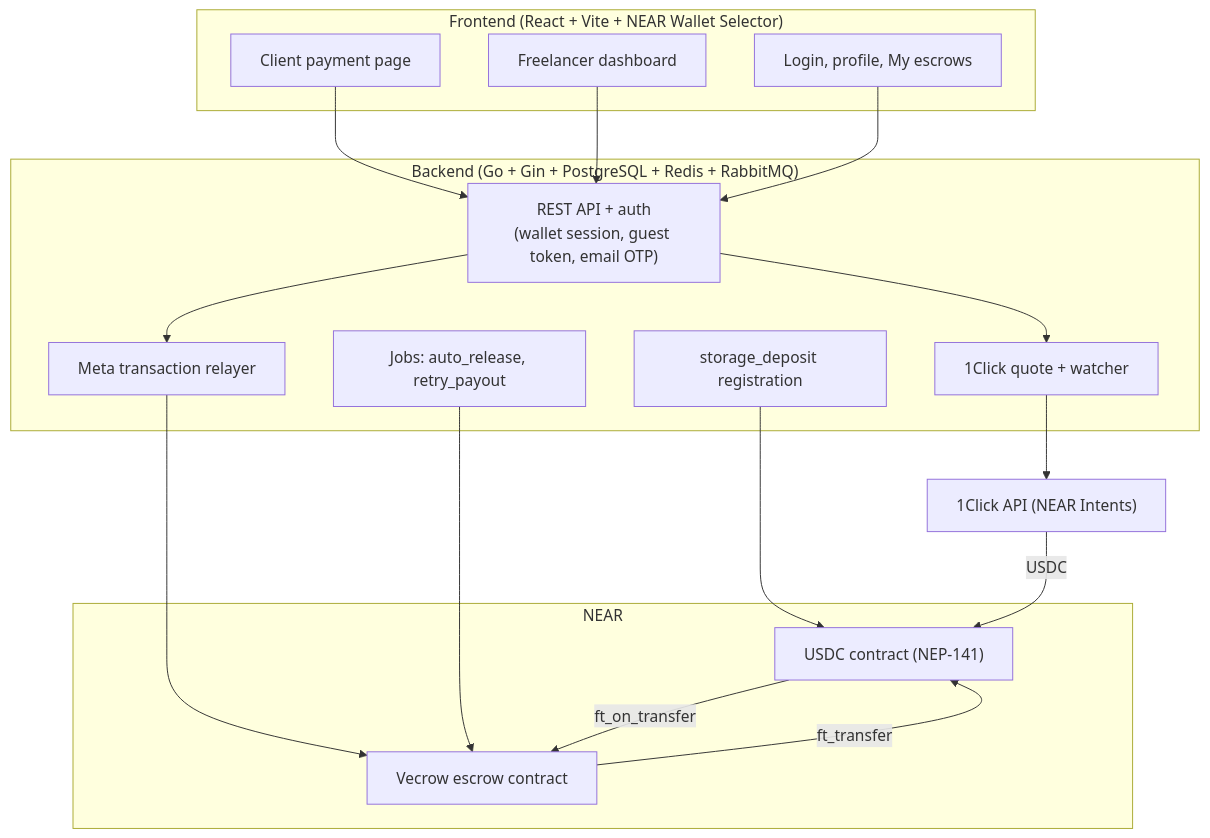
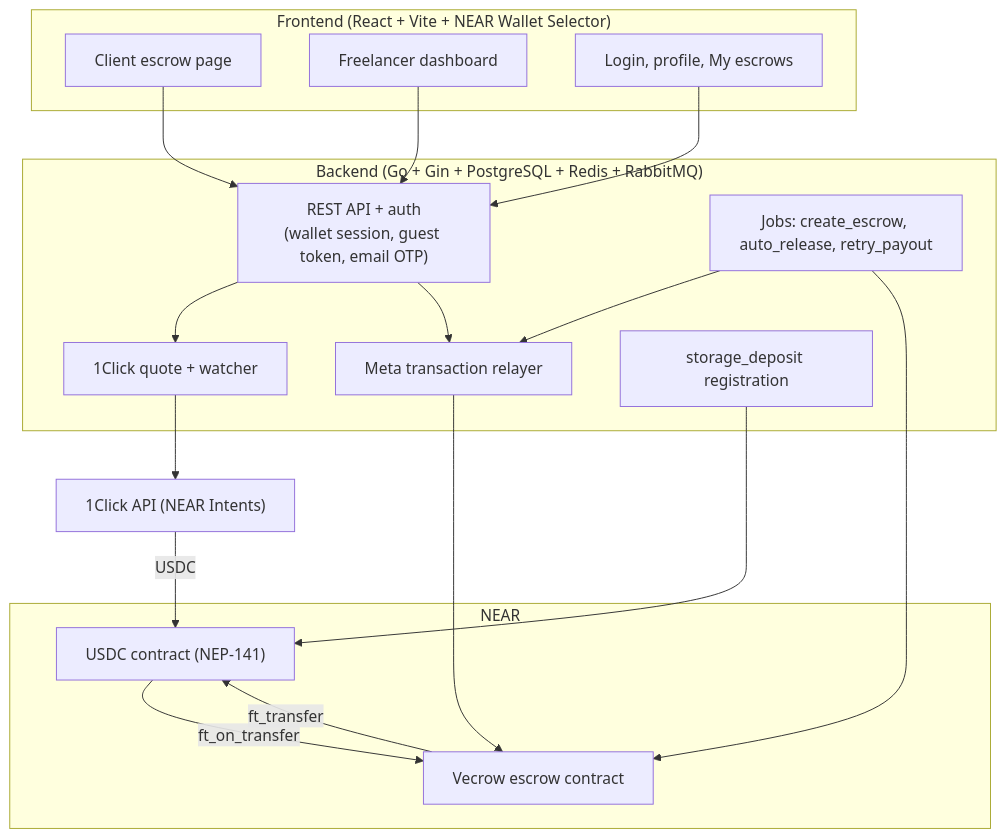
The first of 6 diagrams in docs/architecture.md (harundarat/vecrow), drawn with Mermaid before and after one commit. The commit also changed other lines of this file and 3 other files, not shown here.

First line of the commit message:
docs: let either party create an escrow, deploy after creator approval

````diff
--- a/docs/architecture.md
+++ b/docs/architecture.md
@@ -32,30 +34,31 @@
 ```mermaid
 flowchart TB
     subgraph FE["Frontend (React + Vite + NEAR Wallet Selector)"]
-        PAY["Client payment page"]
+        PAY["Client escrow page"]
         DASH["Freelancer dashboard"]
         ACC["Login, profile, My escrows"]
     end
     subgraph BE["Backend (Go + Gin + PostgreSQL + Redis + RabbitMQ)"]
         API["REST API + auth<br/>(wallet session, guest token, email OTP)"]
         Q["1Click quote + watcher"]
         REL["Meta transaction relayer"]
-        JOB["Jobs: auto_release, retry_payout"]
+        JOB["Jobs: create_escrow, auto_release, retry_payout"]
         REG["storage_deposit registration"]
     end
     subgraph NEAR["NEAR"]
         ESC["Vecrow escrow contract"]
         USDC["USDC contract (NEP-141)"]
     end
     ONE["1Click API (NEAR Intents)"]
 
     PAY --> API
     DASH --> API
     ACC --> API
     API --> Q --> ONE
     API --> REL --> ESC
+    JOB --> REL
     JOB --> ESC
     REG --> USDC
     ONE -->|USDC| USDC -->|ft_on_transfer| ESC
     ESC -->|ft_transfer| USDC
 ```
````
